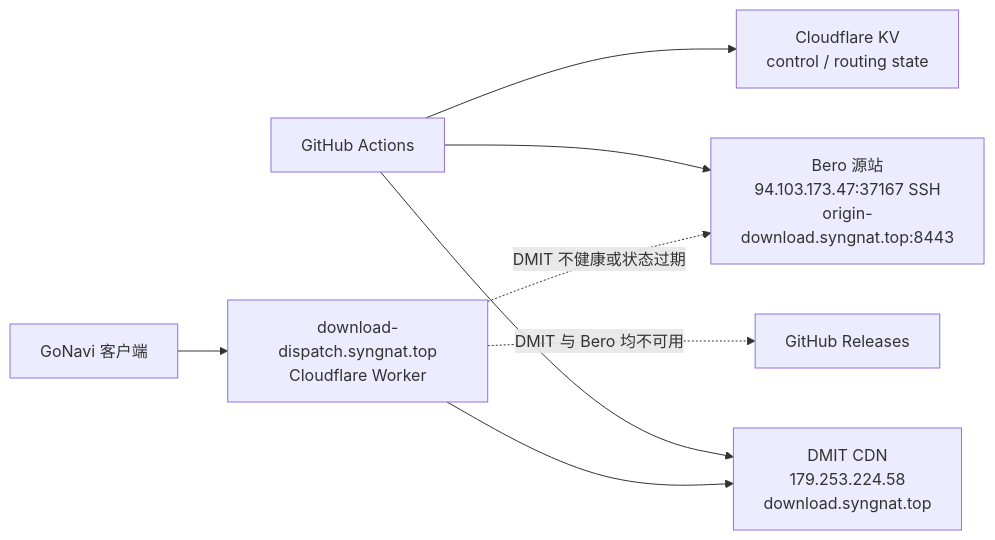
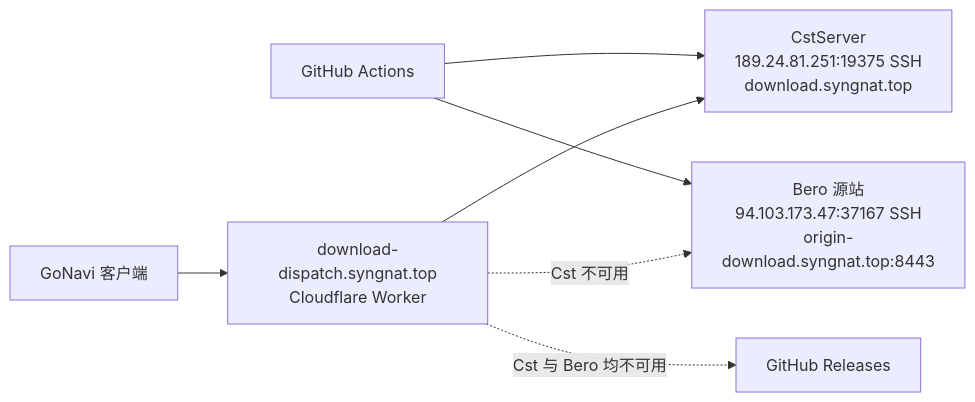
The diagram in docs/download-cdn-operations.md (CurLeaf/GoNavi), drawn with Mermaid before and after one commit. The commit also changed other lines of this file and 19 other files, not shown here.

````diff
--- a/docs/download-cdn-operations.md
+++ b/docs/download-cdn-operations.md
@@ -5,10 +5,9 @@
 ```mermaid
 flowchart LR
-    CI["GitHub Actions"] --> DMIT["DMIT CDN\n179.253.224.58\ndownload.syngnat.top"]
+    CI["GitHub Actions"] --> CST["CstServer\n189.24.81.251:19375 SSH\ndownload.syngnat.top"]
     CI --> BERO["Bero 源站\n94.103.173.47:37167 SSH\norigin-download.syngnat.top:8443"]
-    CI --> KV["Cloudflare KV\ncontrol / routing state"]
     Client["GoNavi 客户端"] --> Worker["download-dispatch.syngnat.top\nCloudflare Worker"]
-    Worker --> DMIT
-    Worker -. "DMIT 不健康或状态过期" .-> BERO
-    Worker -. "DMIT 与 Bero 均不可用" .-> GH["GitHub Releases"]
+    Worker --> CST
+    Worker -. "Cst 不可用" .-> BERO
+    Worker -. "Cst 与 Bero 均不可用" .-> GH["GitHub Releases"]
 ```
````
